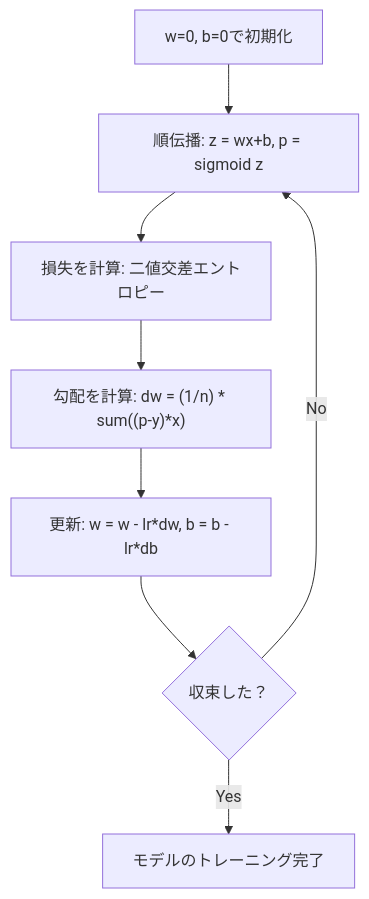
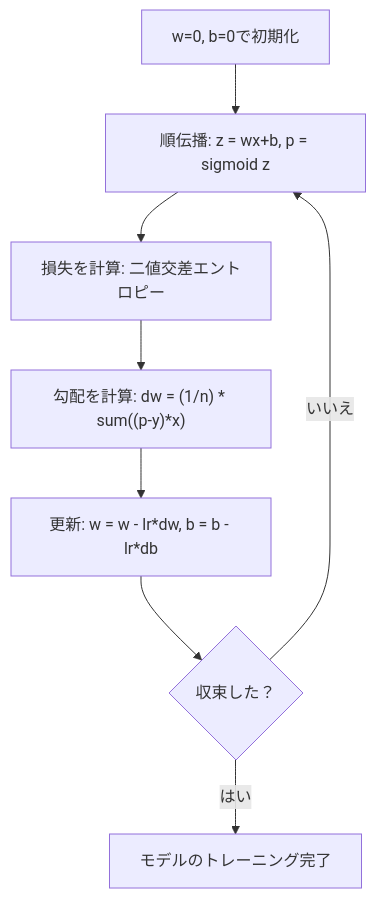
One commit to shoshoshomen/synapse-academy changed the second of 2 diagrams in content/phases/02-ml-fundamentals/03-logistic-regression/lesson.ja.md. Above: the diagram before and after it, drawn with Mermaid. The commit also changed other lines of this file and 124 other files, not shown here.

First line of the commit message:
feat(i18n): mermaid図のラベルを日本語化(194レッスン/374図)

````diff
--- a/content/phases/02-ml-fundamentals/03-logistic-regression/lesson.ja.md
+++ b/content/phases/02-ml-fundamentals/03-logistic-regression/lesson.ja.md
@@ -98,10 +98,10 @@
 ```mermaid
 flowchart TD
     A[w=0, b=0で初期化] --> B[順伝播: z = wx+b, p = sigmoid z]
     B --> C[損失を計算: 二値交差エントロピー]
     C --> D["勾配を計算: dw = (1/n) * sum((p-y)*x)"]
     D --> E[更新: w = w - lr*dw, b = b - lr*db]
     E --> F{収束した？}
-    F -->|No| B
-    F -->|Yes| G[モデルのトレーニング完了]
+    F -->|"いいえ"| B
+    F -->|"はい"| G[モデルのトレーニング完了]
 ```
````
